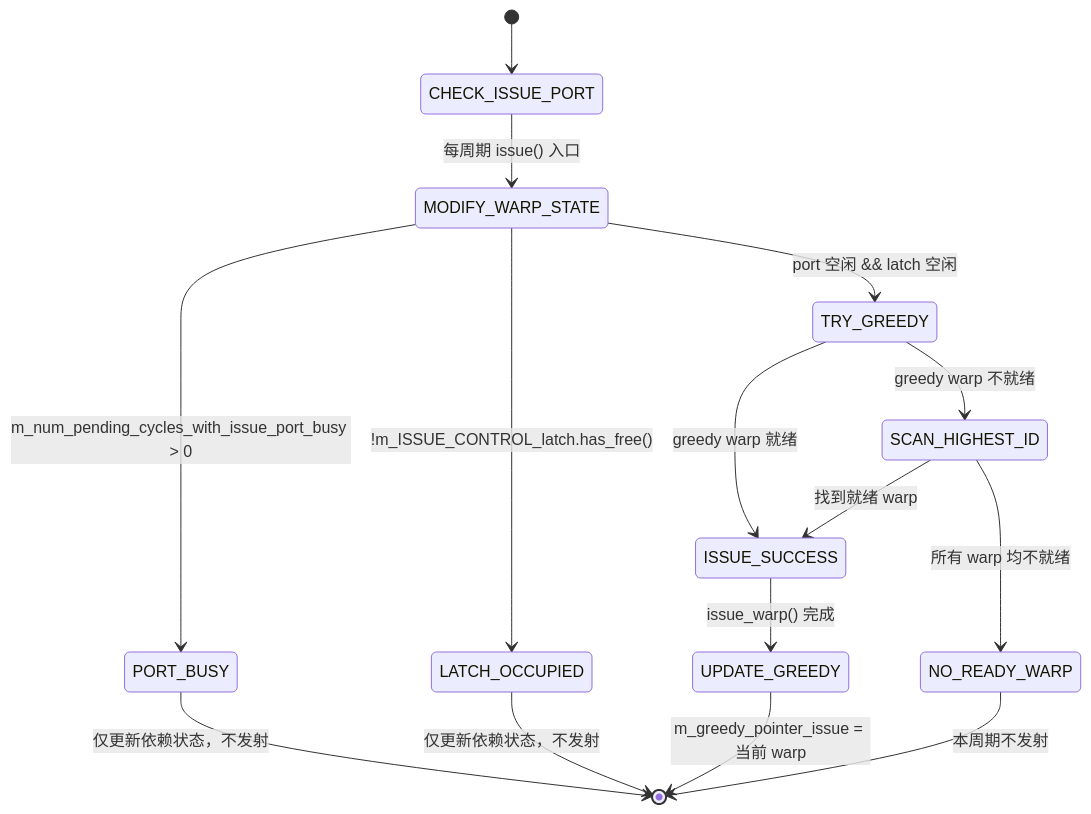
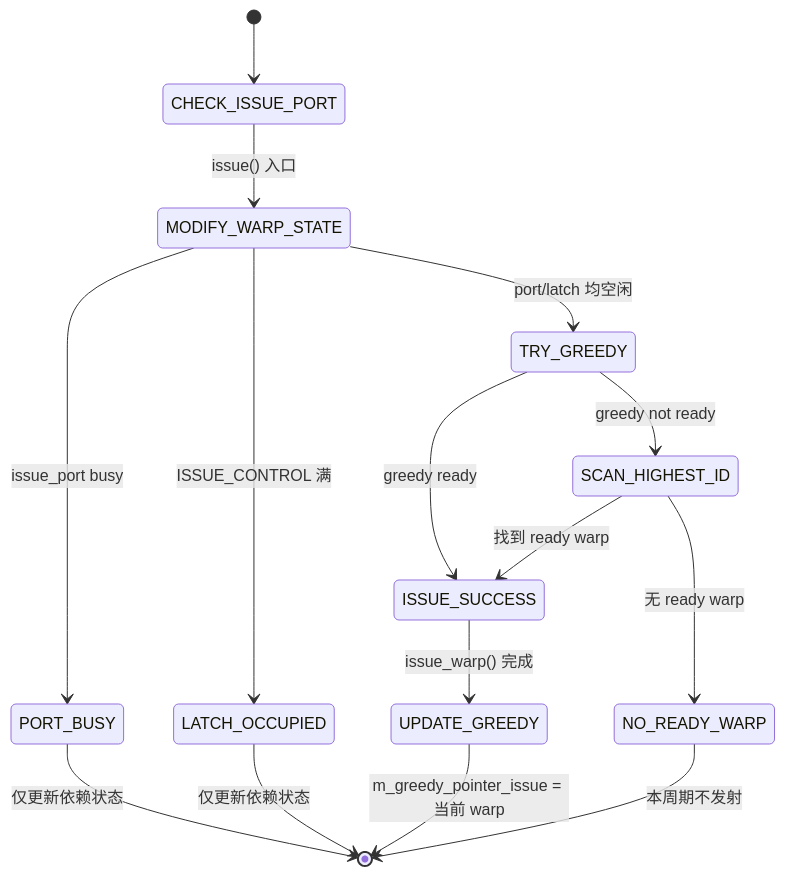
One commit to dzwduan/modern-gpu-simulator-micro-2025 changed the fourth of 6 diagrams in docs/detailed-design/03A-Subcore前端流水与调度设计.md. Above: the diagram before and after it, drawn with Mermaid. The commit also changed other lines of this file, not shown here.

````diff
--- a/docs/detailed-design/03A-Subcore前端流水与调度设计.md
+++ b/docs/detailed-design/03A-Subcore前端流水与调度设计.md
@@ -215,22 +218,23 @@
 ```mermaid
+%%{init: {'flowchart': {'nodeSpacing': 50, 'rankSpacing': 60, 'padding': 12, 'useMaxWidth': false}} }%%
 stateDiagram-v2
     [*] --> CHECK_ISSUE_PORT
-    CHECK_ISSUE_PORT --> MODIFY_WARP_STATE: 每周期 issue() 入口
-    MODIFY_WARP_STATE --> PORT_BUSY: m_num_pending_cycles_with_issue_port_busy > 0
-    MODIFY_WARP_STATE --> LATCH_OCCUPIED: !m_ISSUE_CONTROL_latch.has_free()
-    MODIFY_WARP_STATE --> TRY_GREEDY: port 空闲 && latch 空闲
+    CHECK_ISSUE_PORT --> MODIFY_WARP_STATE: issue() 入口
+    MODIFY_WARP_STATE --> PORT_BUSY: issue_port busy
+    MODIFY_WARP_STATE --> LATCH_OCCUPIED: ISSUE_CONTROL 满
+    MODIFY_WARP_STATE --> TRY_GREEDY: port/latch 均空闲
 
-    PORT_BUSY --> [*]: 仅更新依赖状态，不发射
-    LATCH_OCCUPIED --> [*]: 仅更新依赖状态，不发射
+    PORT_BUSY --> [*]: 仅更新依赖状态
+    LATCH_OCCUPIED --> [*]: 仅更新依赖状态
 
-    TRY_GREEDY --> ISSUE_SUCCESS: greedy warp 就绪
-    TRY_GREEDY --> SCAN_HIGHEST_ID: greedy warp 不就绪
+    TRY_GREEDY --> ISSUE_SUCCESS: greedy ready
+    TRY_GREEDY --> SCAN_HIGHEST_ID: greedy not ready
 
-    SCAN_HIGHEST_ID --> ISSUE_SUCCESS: 找到就绪 warp
-    SCAN_HIGHEST_ID --> NO_READY_WARP: 所有 warp 均不就绪
+    SCAN_HIGHEST_ID --> ISSUE_SUCCESS: 找到 ready warp
+    SCAN_HIGHEST_ID --> NO_READY_WARP: 无 ready warp
 
     ISSUE_SUCCESS --> UPDATE_GREEDY: issue_warp() 完成
     UPDATE_GREEDY --> [*]: m_greedy_pointer_issue = 当前 warp
 
     NO_READY_WARP --> [*]: 本周期不发射
 ```
````
